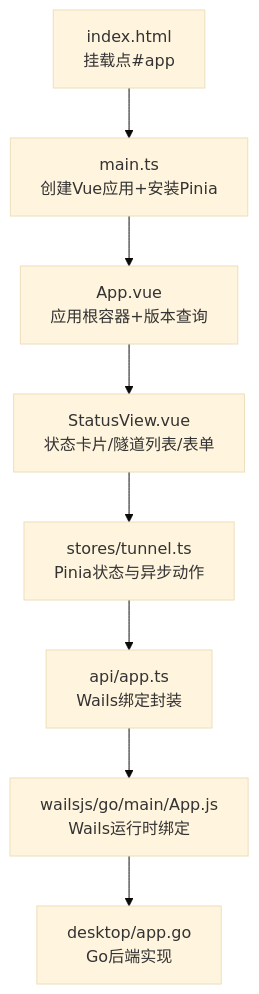
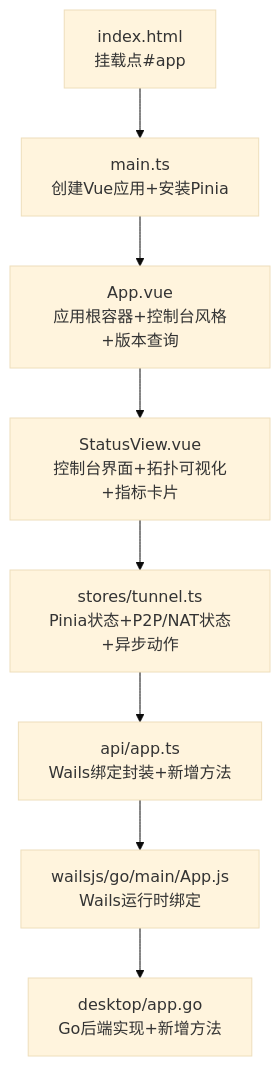
The first of 7 diagrams in .qoder/repowiki/zh/content/桌面端应用/前端界面系统.md (itsharex/NexTunnel), drawn with Mermaid (base theme) before and after one commit. The commit also changed other lines of this file and 32 other files, not shown here.

````diff
--- a/.qoder/repowiki/zh/content/桌面端应用/前端界面系统.md
+++ b/.qoder/repowiki/zh/content/桌面端应用/前端界面系统.md
@@ -37,10 +47,10 @@
 ```mermaid
 graph TB
 A["index.html<br/>挂载点#app"] --> B["main.ts<br/>创建Vue应用+安装Pinia"]
-B --> C["App.vue<br/>应用根容器+版本查询"]
-C --> D["StatusView.vue<br/>状态卡片/隧道列表/表单"]
-D --> E["stores/tunnel.ts<br/>Pinia状态与异步动作"]
-E --> F["api/app.ts<br/>Wails绑定封装"]
+B --> C["App.vue<br/>应用根容器+控制台风格+版本查询"]
+C --> D["StatusView.vue<br/>控制台界面+拓扑可视化+指标卡片"]
+D --> E["stores/tunnel.ts<br/>Pinia状态+P2P/NAT状态+异步动作"]
+E --> F["api/app.ts<br/>Wails绑定封装+新增方法"]
 F --> G["wailsjs/go/main/App.js<br/>Wails运行时绑定"]
-G --> H["desktop/app.go<br/>Go后端实现"]
+G --> H["desktop/app.go<br/>Go后端实现+新增方法"]
 ```
````
